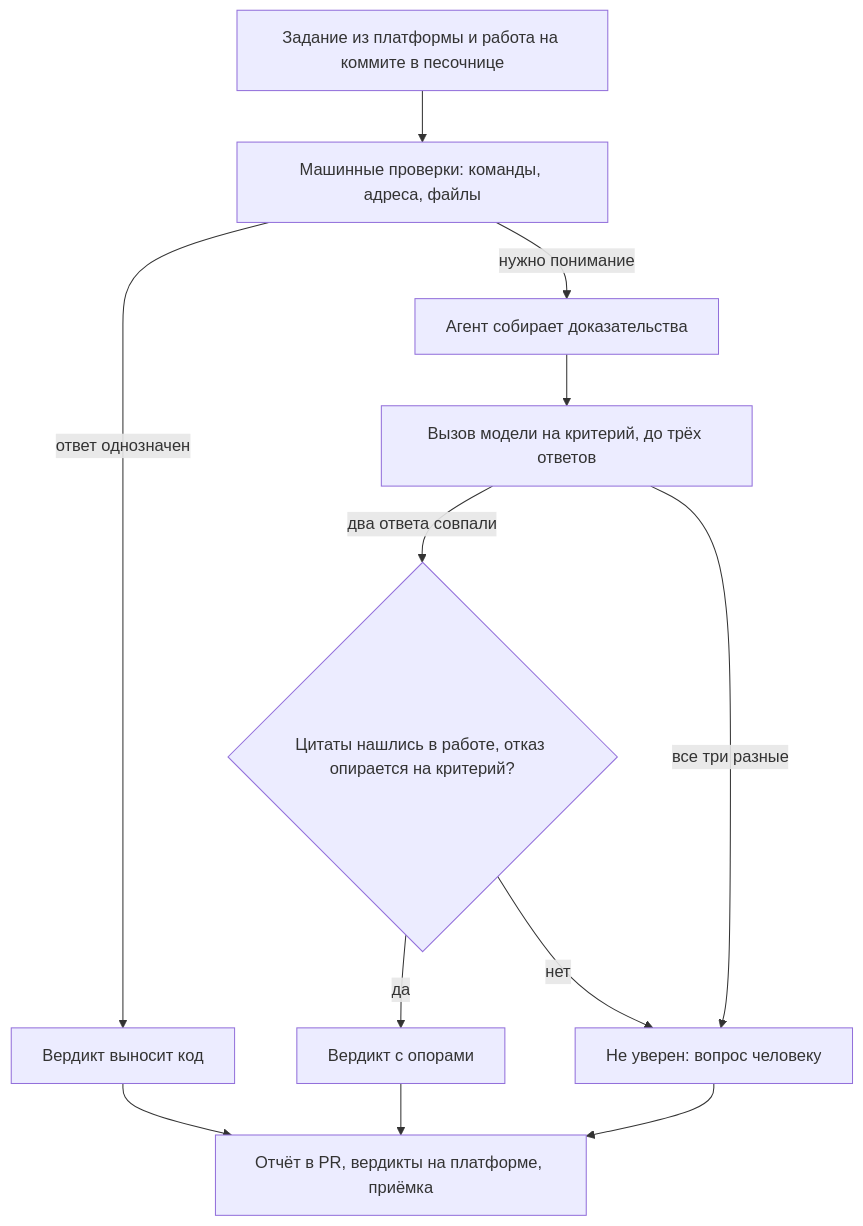
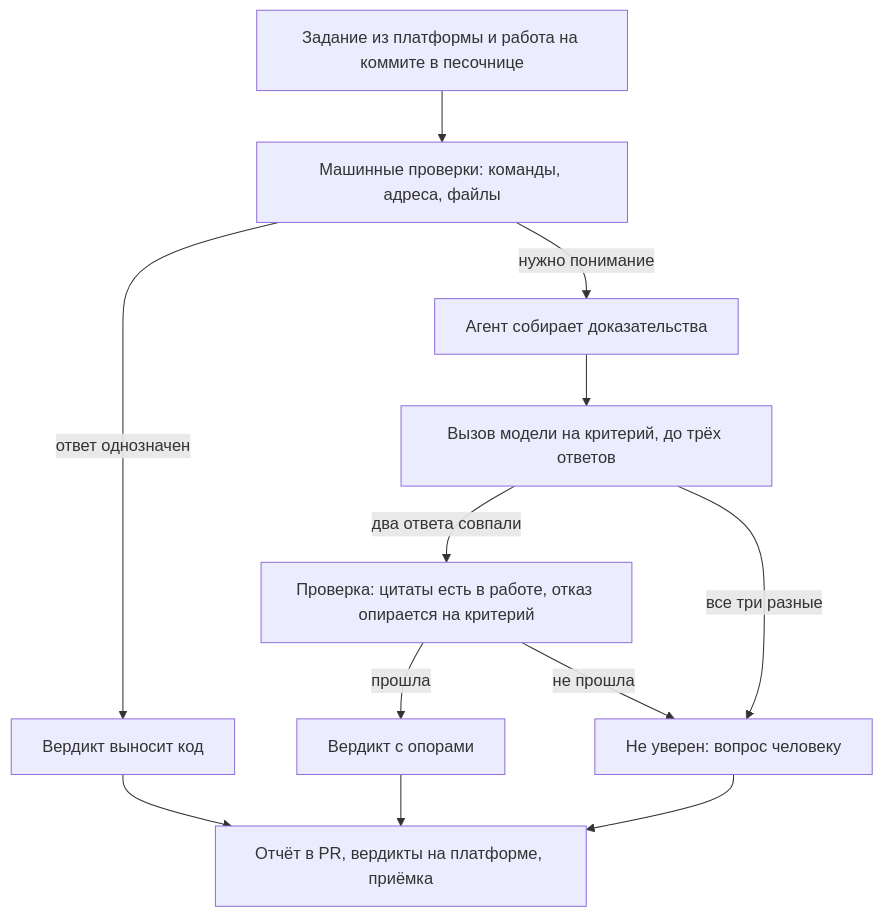
The fourth of 4 diagrams in docs/ml_system_design_doc.md (ChS23/mlsd-judge), drawn with Mermaid before and after one commit. The commit also changed other lines of this file, not shown here.

First line of the commit message:
docs: схемы и таблица ФТ читаются на GitHub

````diff
--- a/docs/ml_system_design_doc.md
+++ b/docs/ml_system_design_doc.md
@@ -430,13 +429,13 @@
 ```mermaid
 %%{init: {"flowchart": {"wrappingWidth": 300}}}%%
 flowchart TB
     IN[Задание из платформы и работа на коммите в песочнице] --> M[Машинные проверки: команды, адреса, файлы]
     M -->|ответ однозначен| VC[Вердикт выносит код]
     M -->|нужно понимание| S[Агент собирает доказательства]
     S --> J[Вызов модели на критерий, до трёх ответов]
-    J -->|два ответа совпали| RULE{Цитаты нашлись в работе, отказ опирается на критерий?}
+    J -->|два ответа совпали| RULE[Проверка: цитаты есть в работе, отказ опирается на критерий]
     J -->|все три разные| U[Не уверен: вопрос человеку]
-    RULE -->|да| V[Вердикт с опорами]
-    RULE -->|нет| U
+    RULE -->|прошла| V[Вердикт с опорами]
+    RULE -->|не прошла| U
     VC & V & U --> REP[Отчёт в PR, вердикты на платформе, приёмка]
 ```
````
